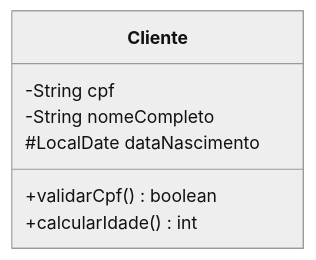
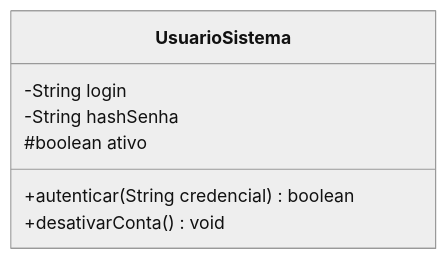
Diagram 17 of 32 in 4º Semestre/[Prof. Wesley Soares] Engenharia de Software II/Resumos-IA/Caderno-Consolidado.md (murilolol/unifef), drawn with Mermaid (neutral theme) before and after one commit. The commit also changed other lines of this file and 10 other files, not shown here.

````diff
--- a/4º Semestre/[Prof. Wesley Soares] Engenharia de Software II/Resumos-IA/Caderno-Consolidado.md
+++ b/4º Semestre/[Prof. Wesley Soares] Engenharia de Software II/Resumos-IA/Caderno-Consolidado.md
@@ -771,10 +735,10 @@
 ```mermaid
 classDiagram
-    class Cliente {
-        -String cpf
-        -String nomeCompleto
-        #LocalDate dataNascimento
-        +validarCpf() boolean
-        +calcularIdade() int
-    }
+  class UsuarioSistema {
+    -String login
+    -String hashSenha
+    #boolean ativo
+    +autenticar(String credencial) boolean
+    +desativarConta() void
+  }
 ```
````
